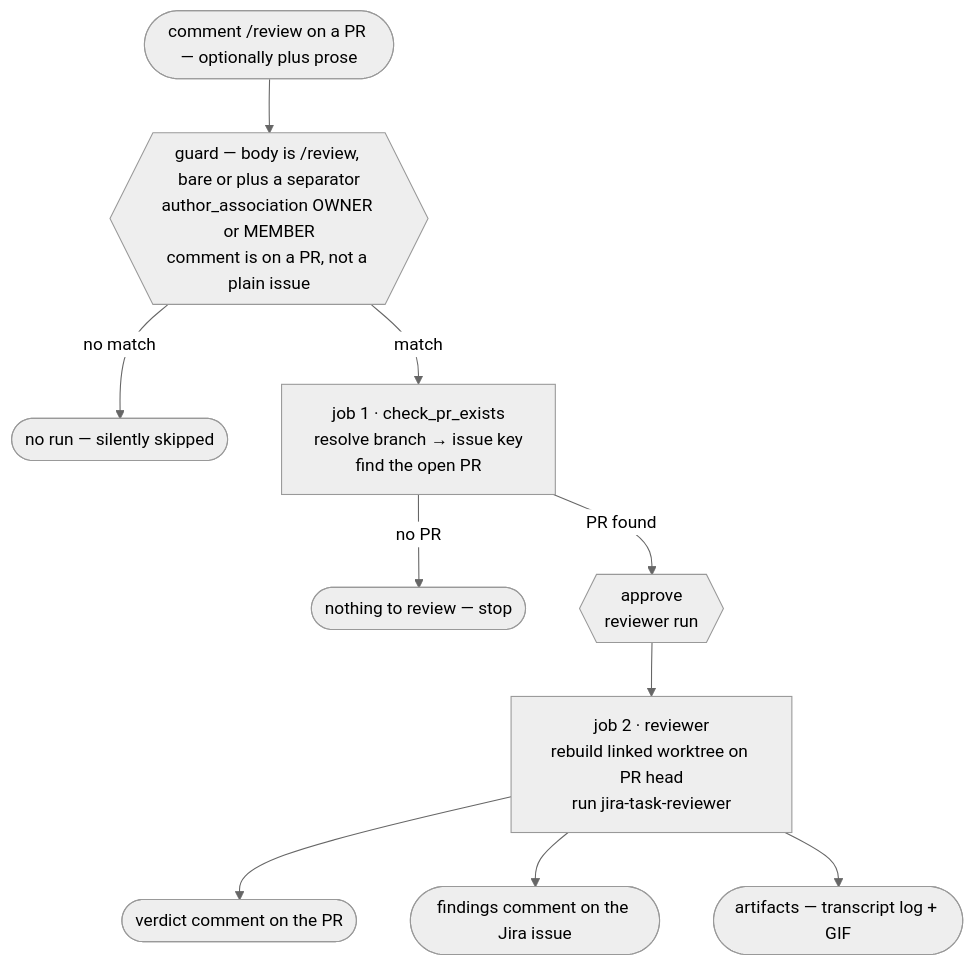
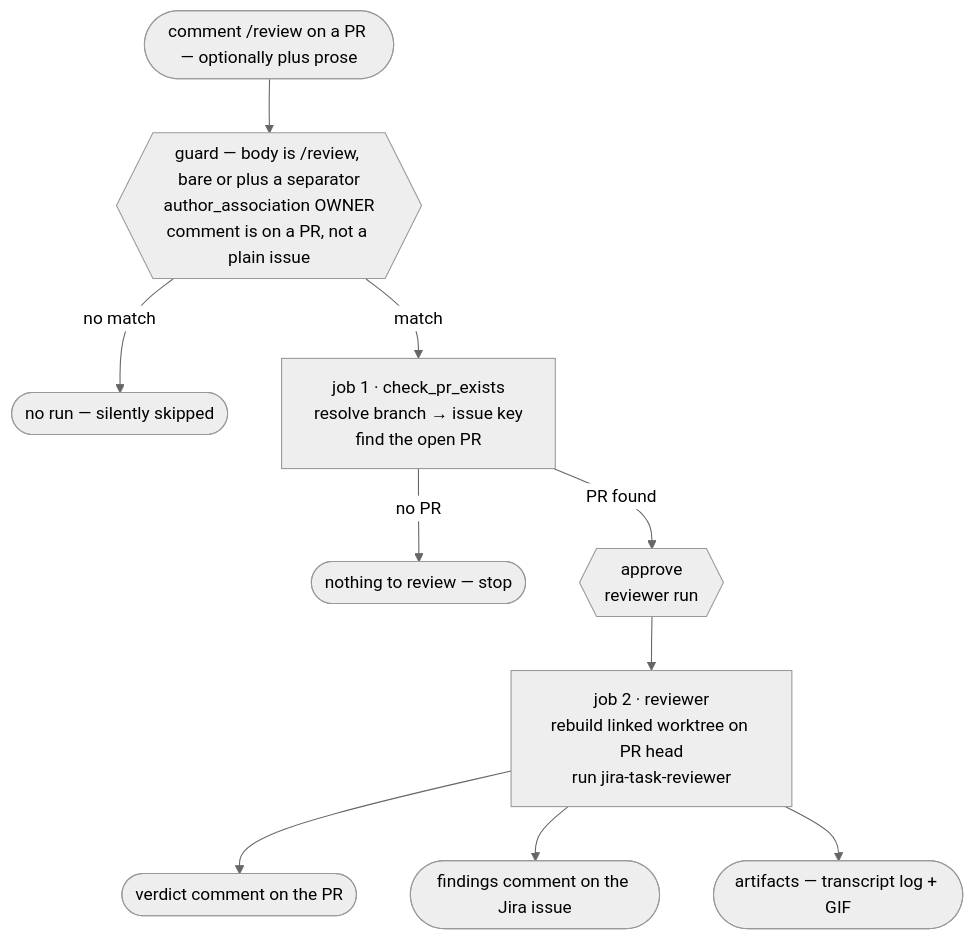
One commit to kantorv/jira-sdlc-tools changed the diagram in plugins/jira-sdlc/docs/applications/ci-review-pr-demo.md. Above: the diagram before and after it, drawn with Mermaid (neutral theme). The commit also changed other lines of this file and 5 other files, not shown here.

````diff
--- a/plugins/jira-sdlc/docs/applications/ci-review-pr-demo.md
+++ b/plugins/jira-sdlc/docs/applications/ci-review-pr-demo.md
@@ -58,12 +58,12 @@
 ```mermaid
 flowchart TB
-    C([comment /review on a PR — optionally plus prose]) --> GA{{"guard — body is /review, bare or plus a separator<br>author_association OWNER or MEMBER<br>comment is on a PR, not a plain issue"}}
+    C([comment /review on a PR — optionally plus prose]) --> GA{{"guard — body is /review, bare or plus a separator<br>author_association OWNER<br>comment is on a PR, not a plain issue"}}
     GA -->|no match| X([no run — silently skipped])
     GA -->|match| J1["job 1 · check_pr_exists<br>resolve branch → issue key<br>find the open PR"]
     J1 -->|no PR| X2([nothing to review — stop])
     J1 -->|PR found| G1{{"approve<br>reviewer run"}}
     G1 --> J2["job 2 · reviewer<br>rebuild linked worktree on PR head<br>run jira-task-reviewer"]
     J2 --> V1([verdict comment on the PR])
     J2 --> V2([findings comment on the Jira issue])
     J2 --> A([artifacts — transcript log + GIF])
 ```
````
